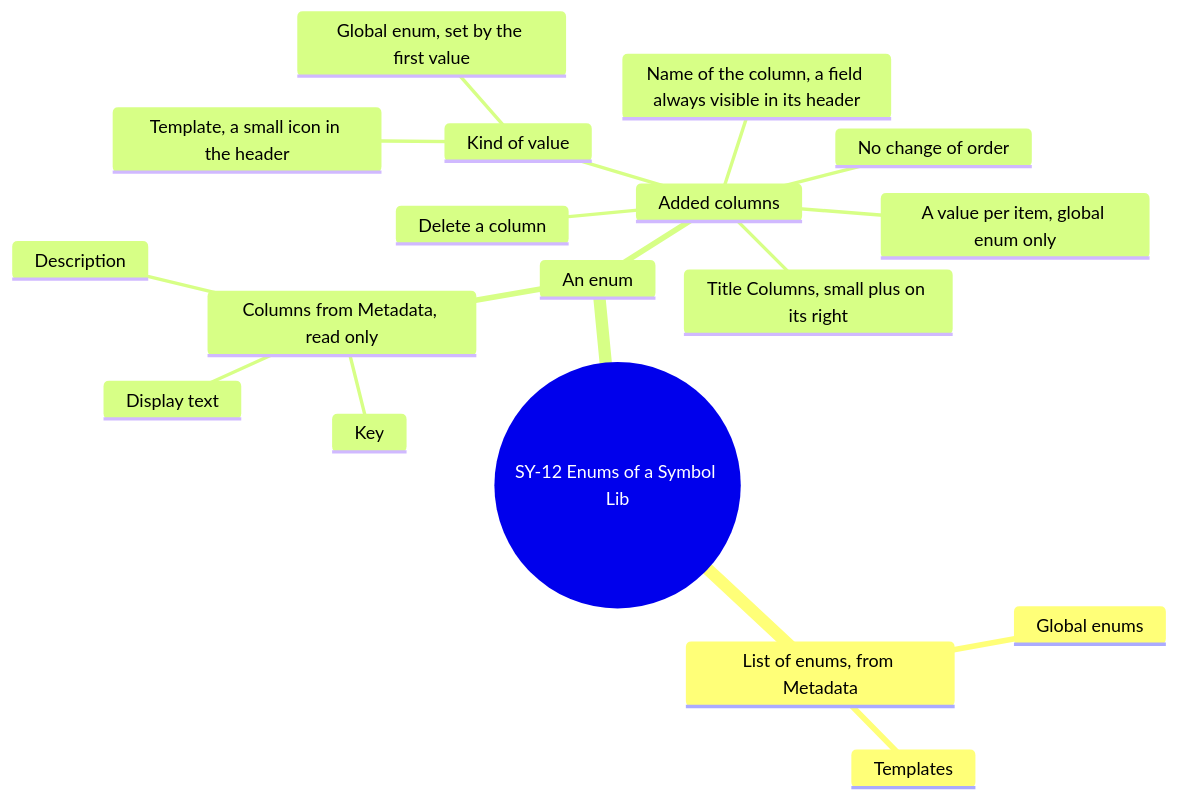
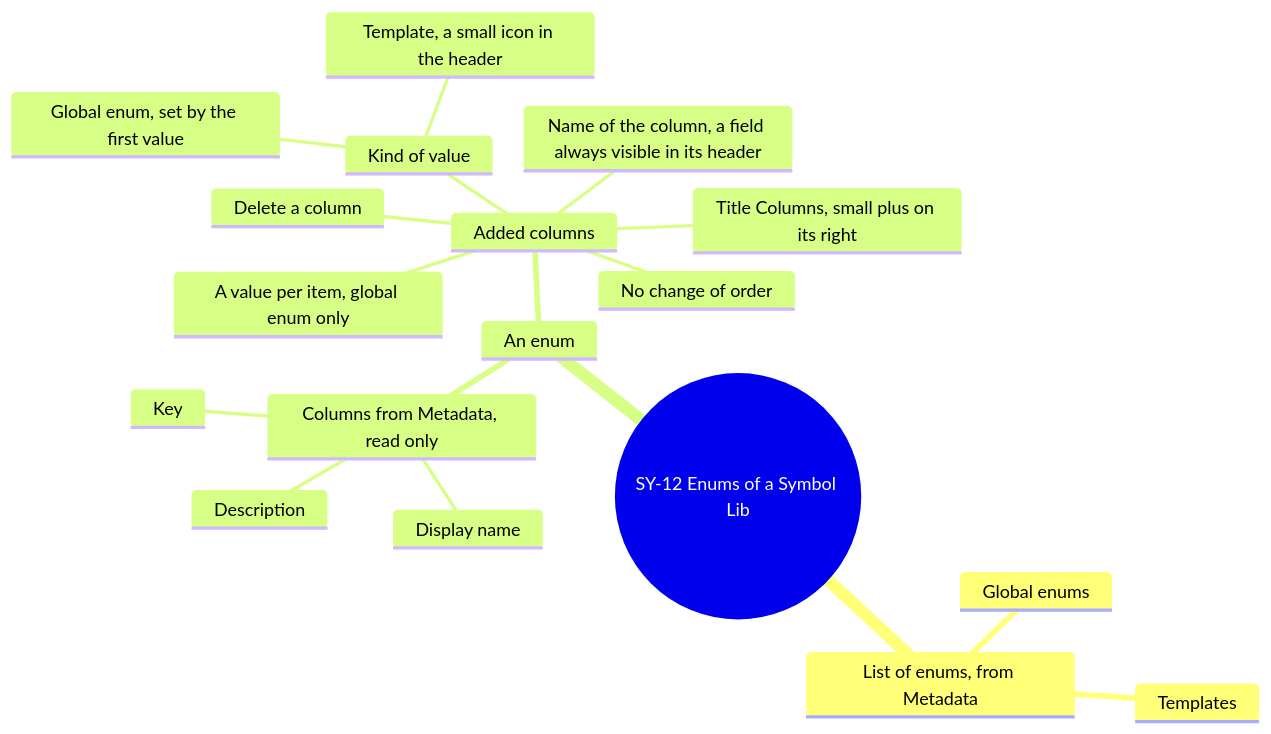
One commit to AlexandreGallais/synoptic-studio-spec changed diagram 14 of 14 in screens/symbols.md. Above: the diagram before and after it, drawn with Mermaid. The commit also changed other lines of this file and 11 other files, not shown here.

First line of the commit message:
docs(metadata): rename enum display text and bound bounds by quantity

````diff
--- a/screens/symbols.md
+++ b/screens/symbols.md
@@ -545,21 +545,21 @@
 ```mermaid
 mindmap
   root((SY-12 Enums of a Symbol Lib))
     List of enums, from Metadata
       Global enums
       Templates
     An enum
       Columns from Metadata, read only
         Key
-        Display text
+        Display name
         Description
       Added columns
         Title Columns, small plus on its right
         Name of the column, a field always visible in its header
         Kind of value
           Global enum, set by the first value
           Template, a small icon in the header
         A value per item, global enum only
         Delete a column
         No change of order
 ```
````
